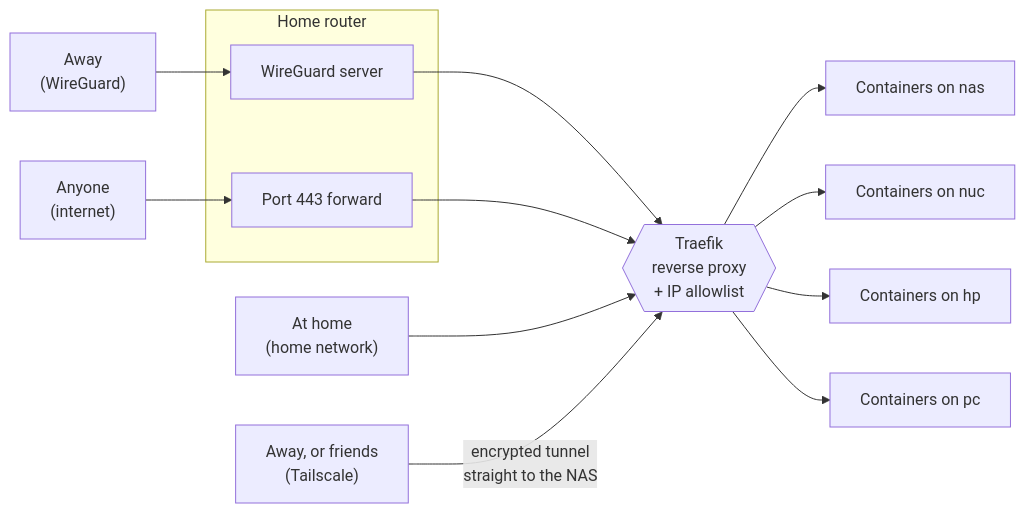
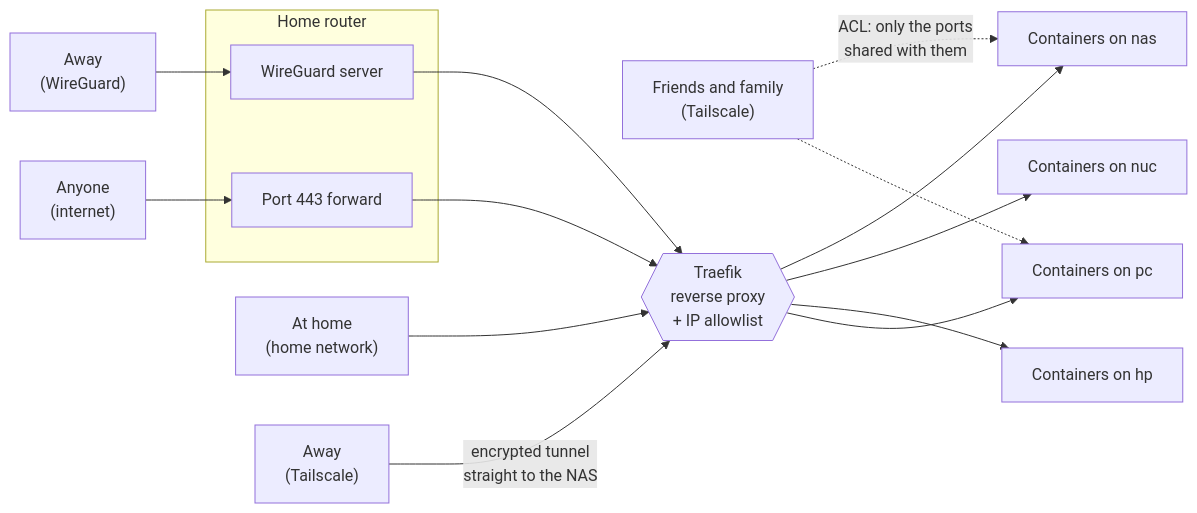
One commit to basnijholt/nijho.lt changed the diagram in content/post/homelab-explained/index.md. Above: the diagram before and after it, drawn with Mermaid. The commit also changed other lines of this file, not shown here.

Commit message:
homelab-explained: Address review on .local, friends path, and wildcard proxying

````diff
--- a/content/post/homelab-explained/index.md
+++ b/content/post/homelab-explained/index.md
@@ -58,23 +58,27 @@
 ```mermaid
 flowchart LR
     home["At home<br/>(home network)"]
     wg["Away<br/>(WireGuard)"]
-    ts["Away, or friends<br/>(Tailscale)"]
+    ts["Away<br/>(Tailscale)"]
+    friends["Friends and family<br/>(Tailscale)"]
     net["Anyone<br/>(internet)"]
 
     subgraph router["Home router"]
         wgs["WireGuard server"]
         fwd["Port 443 forward"]
     end
 
     home --> traefik
     wg --> wgs --> traefik
     ts -- "encrypted tunnel<br/>straight to the NAS" --> traefik
     net --> fwd --> traefik
 
     traefik{{"Traefik<br/>reverse proxy<br/>+ IP allowlist"}}
     traefik --> nas["Containers on nas"]
     traefik --> nuc["Containers on nuc"]
     traefik --> hp["Containers on hp"]
     traefik --> pc["Containers on pc"]
+
+    friends -. "ACL: only the ports<br/>shared with them" .-> nas
+    friends -.-> pc
 ```
````
